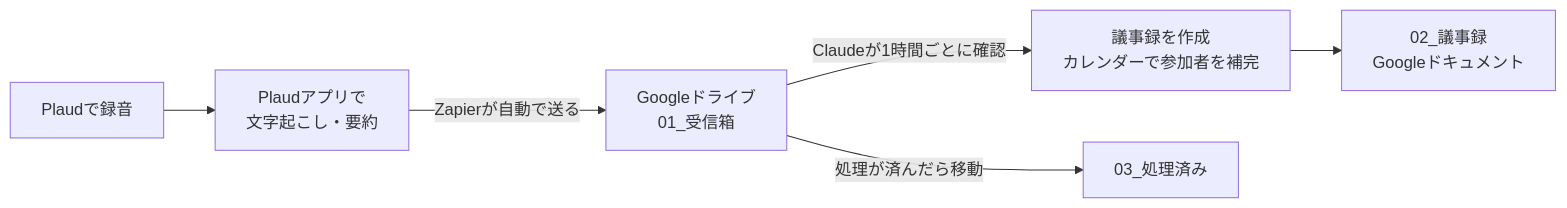
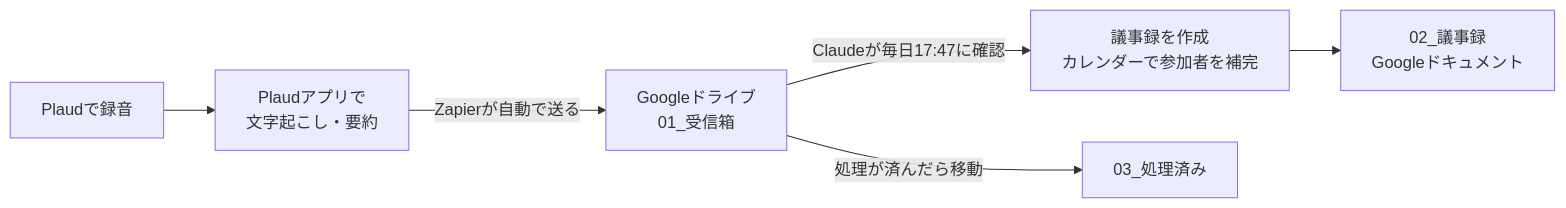
Before and after one commit to ktarpt-spec/-: the diagram in 議事録自動化/README.md, drawn with Mermaid. The commit also changed other lines of this file and 1 other file, not shown here.

````diff
--- a/議事録自動化/README.md
+++ b/議事録自動化/README.md
@@ -7,8 +7,8 @@
 ```mermaid
 flowchart LR
   A[Plaudで録音] --> B[Plaudアプリで<br>文字起こし・要約]
   B -->|Zapierが自動で送る| C[Googleドライブ<br>01_受信箱]
-  C -->|Claudeが1時間ごとに確認| D[議事録を作成<br>カレンダーで参加者を補完]
+  C -->|Claudeが毎日17:47に確認| D[議事録を作成<br>カレンダーで参加者を補完]
   D --> E[02_議事録<br>Googleドキュメント]
   C -->|処理が済んだら移動| F[03_処理済み]
 ```
````
